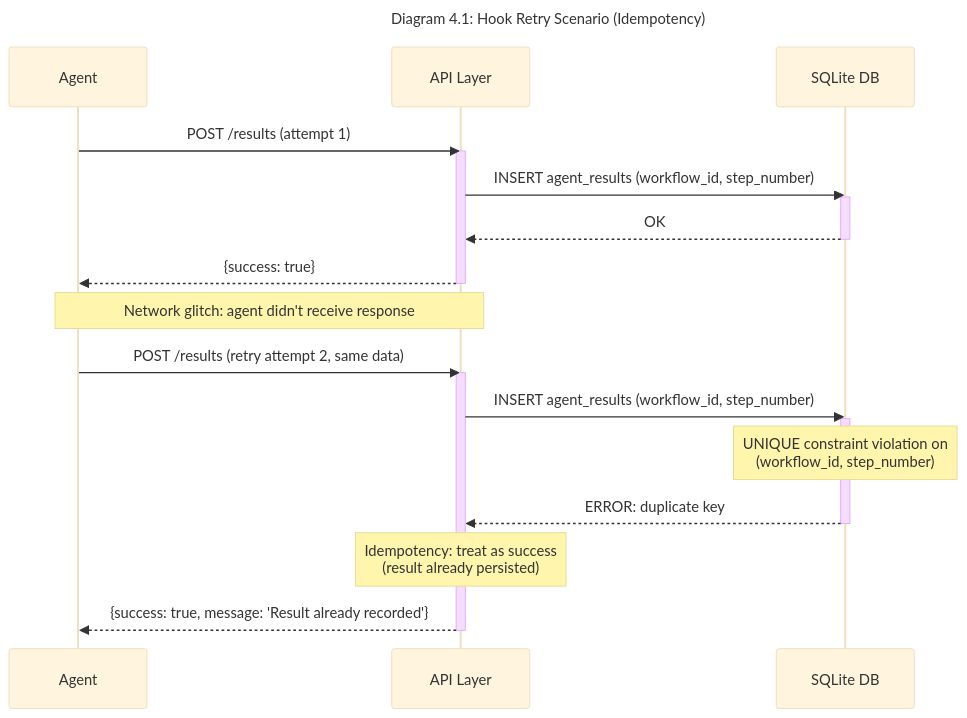
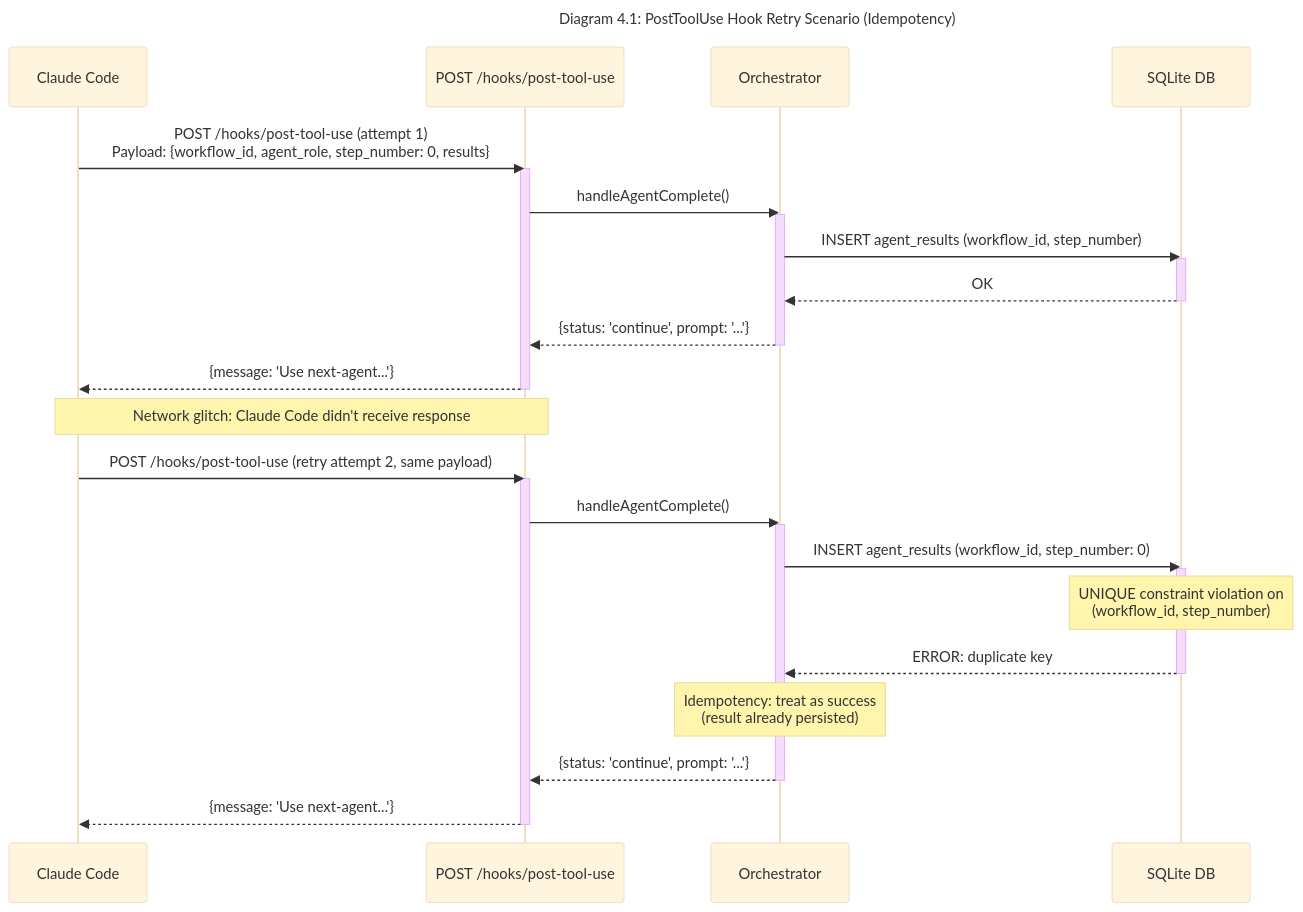
Before and after one commit to drevispas/ccorch: the tenth of 11 diagrams in docs/architecture.md, drawn with Mermaid (base theme). The commit also changed other lines of this file and 3 other files, not shown here.

First line of the commit message:
docs: fix PostToolUse hook architecture inconsistencies across all documentation

````diff
--- a/docs/architecture.md
+++ b/docs/architecture.md
@@ -806,31 +805,40 @@
 ```mermaid
 ---
-title: "Diagram 4.1: Hook Retry Scenario (Idempotency)"
+title: "Diagram 4.1: PostToolUse Hook Retry Scenario (Idempotency)"
 ---
 sequenceDiagram
-    participant Agent
-    participant API as API Layer
+    participant CC as Claude Code
+    participant Hook as POST /hooks/post-tool-use
+    participant Orch as Orchestrator
     participant DB as SQLite DB
 
-    Agent->>API: POST /results (attempt 1)
-    activate API
-    API->>DB: INSERT agent_results (workflow_id, step_number)
+    CC->>Hook: POST /hooks/post-tool-use (attempt 1)<br/>Payload: {workflow_id, agent_role, step_number: 0, results}
+    activate Hook
+    Hook->>Orch: handleAgentComplete()
+    activate Orch
+    Orch->>DB: INSERT agent_results (workflow_id, step_number)
     activate DB
-    DB-->>API: OK
+    DB-->>Orch: OK
     deactivate DB
-    API-->>Agent: {success: true}
-    deactivate API
+    Orch-->>Hook: {status: 'continue', prompt: '...'}
+    deactivate Orch
+    Hook-->>CC: {message: 'Use next-agent...'}
+    deactivate Hook
 
-    Note over Agent,API: Network glitch: agent didn't receive response
+    Note over CC,Hook: Network glitch: Claude Code didn't receive response
 
-    Agent->>API: POST /results (retry attempt 2, same data)
-    activate API
-    API->>DB: INSERT agent_results (workflow_id, step_number)
+    CC->>Hook: POST /hooks/post-tool-use (retry attempt 2, same payload)
+    activate Hook
+    Hook->>Orch: handleAgentComplete()
+    activate Orch
+    Orch->>DB: INSERT agent_results (workflow_id, step_number: 0)
     activate DB
     Note over DB: UNIQUE constraint violation on<br/>(workflow_id, step_number)
-    DB-->>API: ERROR: duplicate key
+    DB-->>Orch: ERROR: duplicate key
     deactivate DB
-    Note over API: Idempotency: treat as success<br/>(result already persisted)
-    API-->>Agent: {success: true, message: 'Result already recorded'}
-    deactivate API
+    Note over Orch: Idempotency: treat as success<br/>(result already persisted)
+    Orch-->>Hook: {status: 'continue', prompt: '...'}
+    deactivate Orch
+    Hook-->>CC: {message: 'Use next-agent...'}
+    deactivate Hook
 ```
````
